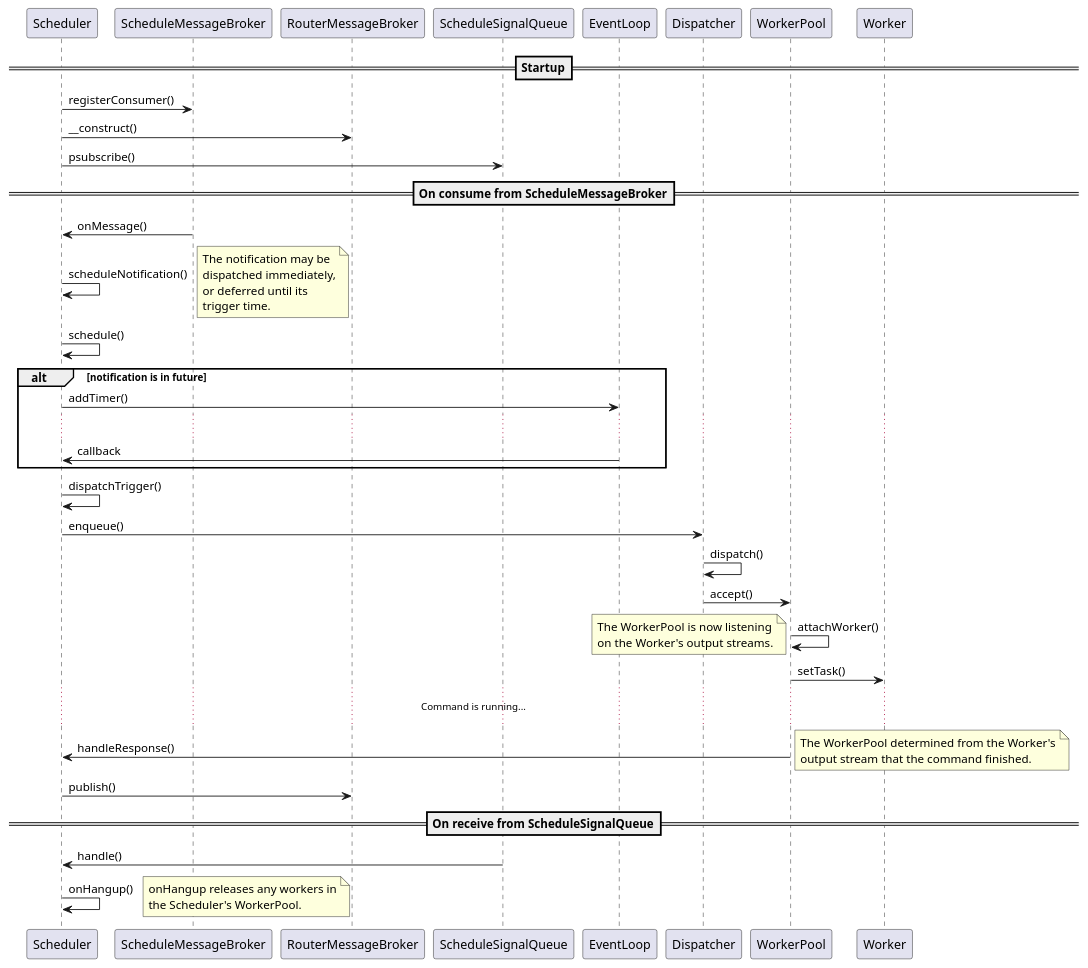
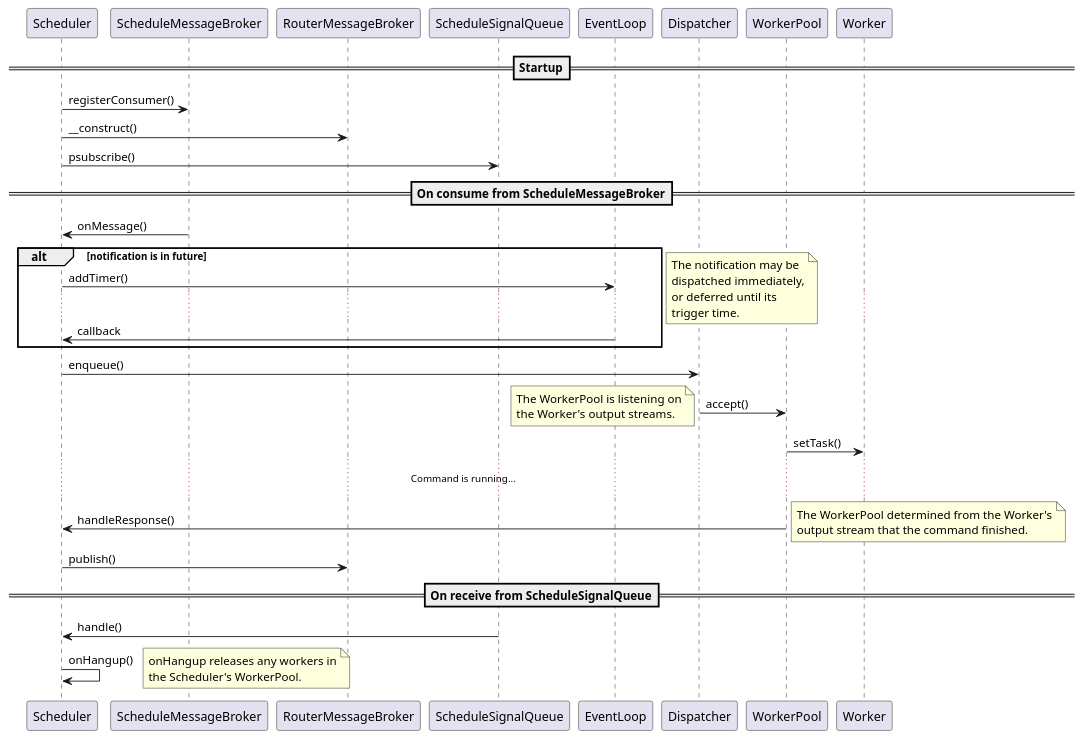
The diagram in docs/notifications/scheduling.plantuml (juliaattrevisan/schoolbox-api-docs), drawn with PlantUML before and after one commit.

Commit message:
Simplify diagram a bit by commenting out interactions with self [SA-6488]

```diff
--- a/docs/notifications/scheduling.plantuml
+++ b/docs/notifications/scheduling.plantuml
@@ -1,63 +1,57 @@
 @startuml
 
 ==Startup==
 
 Scheduler -> ScheduleMessageBroker : registerConsumer()
 Scheduler -> RouterMessageBroker : __construct()
 Scheduler -> ScheduleSignalQueue : psubscribe()
 
 ==On consume from ScheduleMessageBroker==
 
 ' Workflow on receive msg from msg broker
 Scheduler <- ScheduleMessageBroker : onMessage()
-Scheduler -> Scheduler : scheduleNotification()
+'Scheduler -> Scheduler : scheduleNotification()
+'Scheduler -> Scheduler : schedule()
+
+alt notification is in future
+Scheduler -> EventLoop : addTimer()
+...
+Scheduler <- EventLoop : callback
+end
 note right
     The notification may be
     dispatched immediately,
     or deferred until its
     trigger time.
 end note
-Scheduler -> Scheduler : schedule()
 
-alt notification is in future
-Scheduler -> EventLoop : addTimer()
-...
-Scheduler <- EventLoop : callback
-end
-
-Scheduler -> Scheduler : dispatchTrigger()
+'Scheduler -> Scheduler : dispatchTrigger()
 Scheduler -> Dispatcher : enqueue()
-Dispatcher -> Dispatcher : dispatch()
+'Dispatcher -> Dispatcher : dispatch()
 Dispatcher -> WorkerPool : accept()
-WorkerPool -> WorkerPool : attachWorker()
+'WorkerPool -> WorkerPool : attachWorker()
 note left
-    The WorkerPool is now listening
-    on the Worker's output streams.
+    The WorkerPool is listening on
+    the Worker's output streams.
 end note
 WorkerPool -> Worker : setTask()
 ...Command is running......
 
 Scheduler <- WorkerPool : handleResponse()
 note right
     The WorkerPool determined from the Worker's
     output stream that the command finished.
 end note
 
 Scheduler -> RouterMessageBroker : publish()
 
-
-'==On receive from Worker==
-'
-'Scheduler <- Worker : handleResponse()
-'Scheduler -> ScheduleMessageBroker
-
 ==On receive from ScheduleSignalQueue==
 
 Scheduler <- ScheduleSignalQueue : handle()
 Scheduler -> Scheduler : onHangup()
 note right
     onHangup releases any workers in
     the Scheduler's WorkerPool.
 end note
 
 @enduml
```
